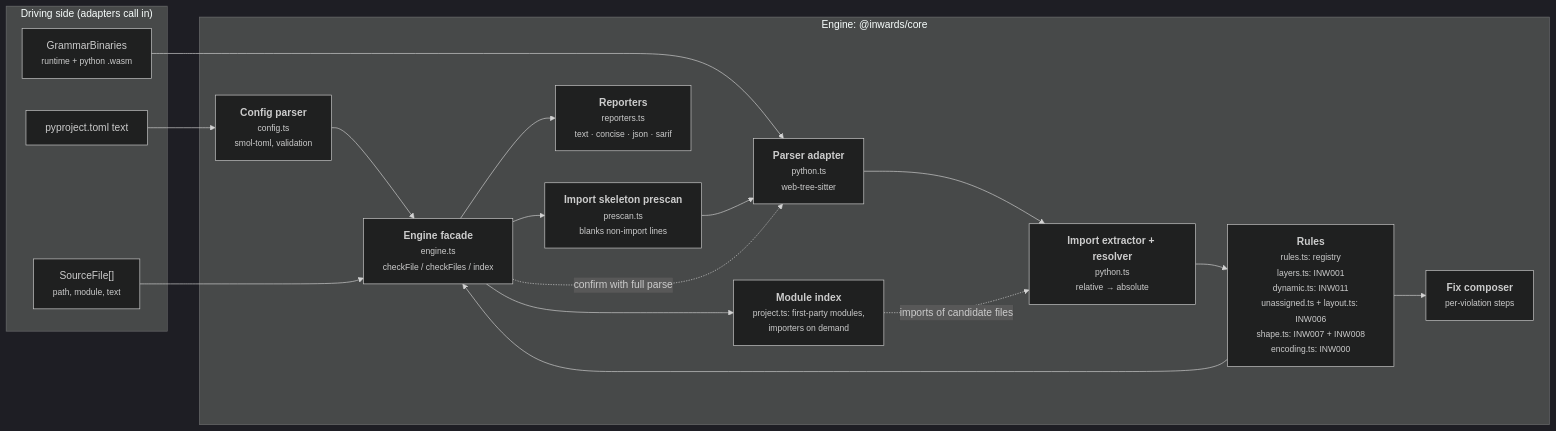
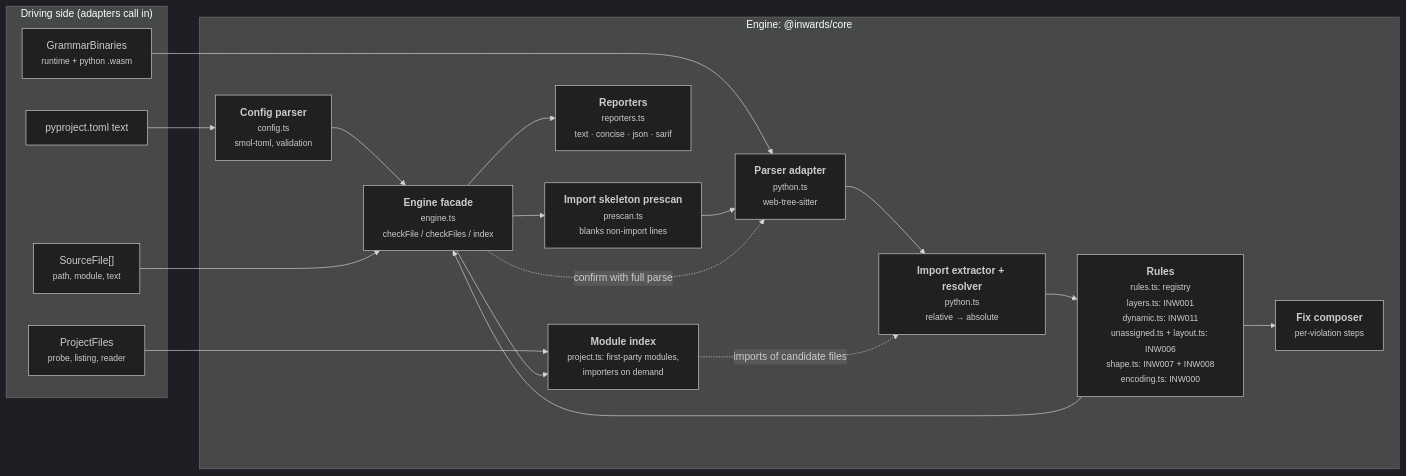
The third of 6 diagrams in docs/chapters/03-Architecture-C4.md (SirCypkowskyy/inwards), drawn with Mermaid (dark theme) before and after one commit. The commit also changed other lines of this file and 15 other files, not shown here.

````diff
--- a/docs/chapters/03-Architecture-C4.md
+++ b/docs/chapters/03-Architecture-C4.md
@@ -99,31 +99,33 @@
 ```mermaid
 flowchart LR
     subgraph driving["Driving side (adapters call in)"]
         files["SourceFile[]<br/><small>path, module, text</small>"]
+        pfiles["ProjectFiles<br/><small>probe, listing, reader</small>"]
         cfgtext["pyproject.toml text"]
         wasm["GrammarBinaries<br/><small>runtime + python .wasm</small>"]
     end
 
     subgraph enginebox["Engine: @inwards/core"]
         config["<b>Config parser</b><br/><small>config.ts<br/>smol-toml, validation</small>"]
         pre["<b>Import skeleton prescan</b><br/><small>prescan.ts<br/>blanks non-import lines</small>"]
         parser["<b>Parser adapter</b><br/><small>python.ts<br/>web-tree-sitter</small>"]
         extract["<b>Import extractor + resolver</b><br/><small>python.ts<br/>relative → absolute</small>"]
         rules["<b>Rules</b><br/><small>rules.ts: registry<br/>layers.ts: INW001<br/>dynamic.ts: INW011<br/>unassigned.ts + layout.ts: INW006<br/>shape.ts: INW007 + INW008<br/>encoding.ts: INW000</small>"]
         fix["<b>Fix composer</b><br/><small>per-violation steps</small>"]
         report["<b>Reporters</b><br/><small>reporters.ts<br/>text · concise · json · sarif</small>"]
         engine["<b>Engine facade</b><br/><small>engine.ts<br/>checkFile / checkFiles / index</small>"]
         modgraph["<b>Module index</b><br/><small>project.ts: first-party modules,<br/>importers on demand</small>"]
     end
 
     cfgtext --> config --> engine
     wasm --> parser
     files --> engine
     engine --> pre --> parser --> extract --> rules
     rules --> fix
     rules --> engine
     engine -. "confirm with full parse" .-> parser
+    pfiles --> modgraph
     engine --> modgraph
     modgraph -. "imports of candidate files" .-> extract
     engine --> report
 ```
````
